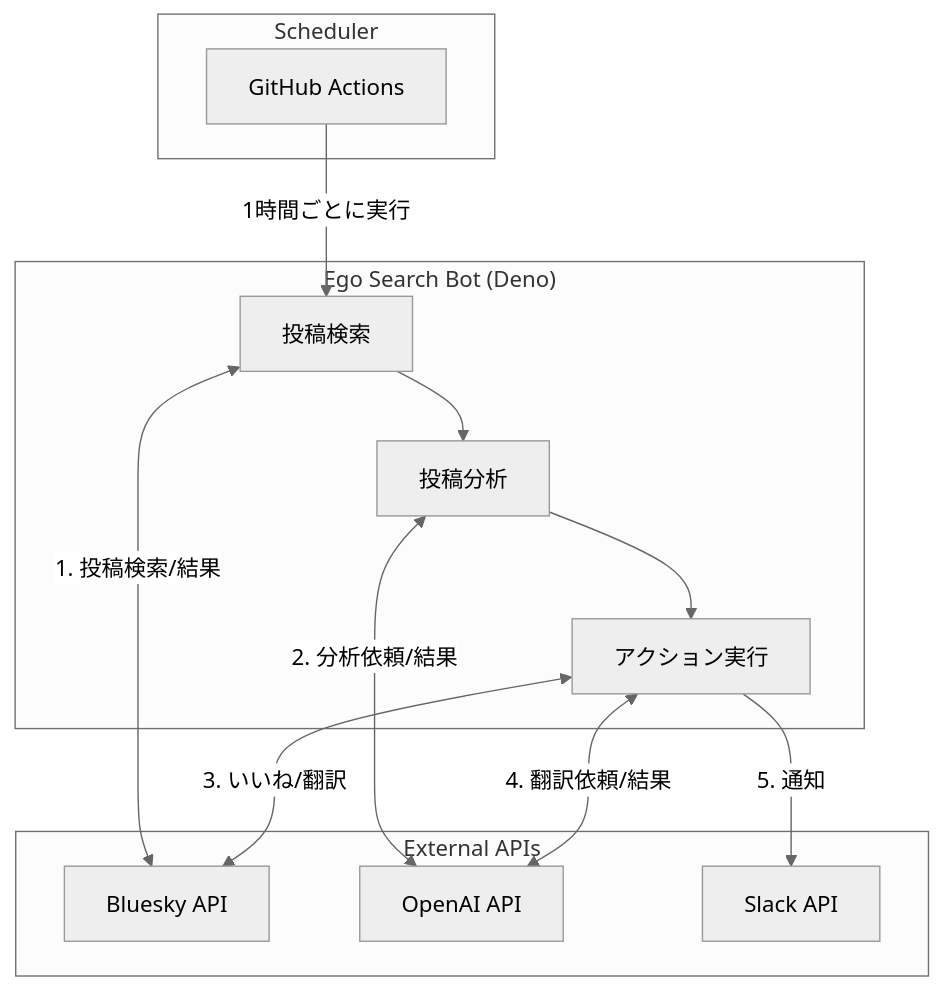
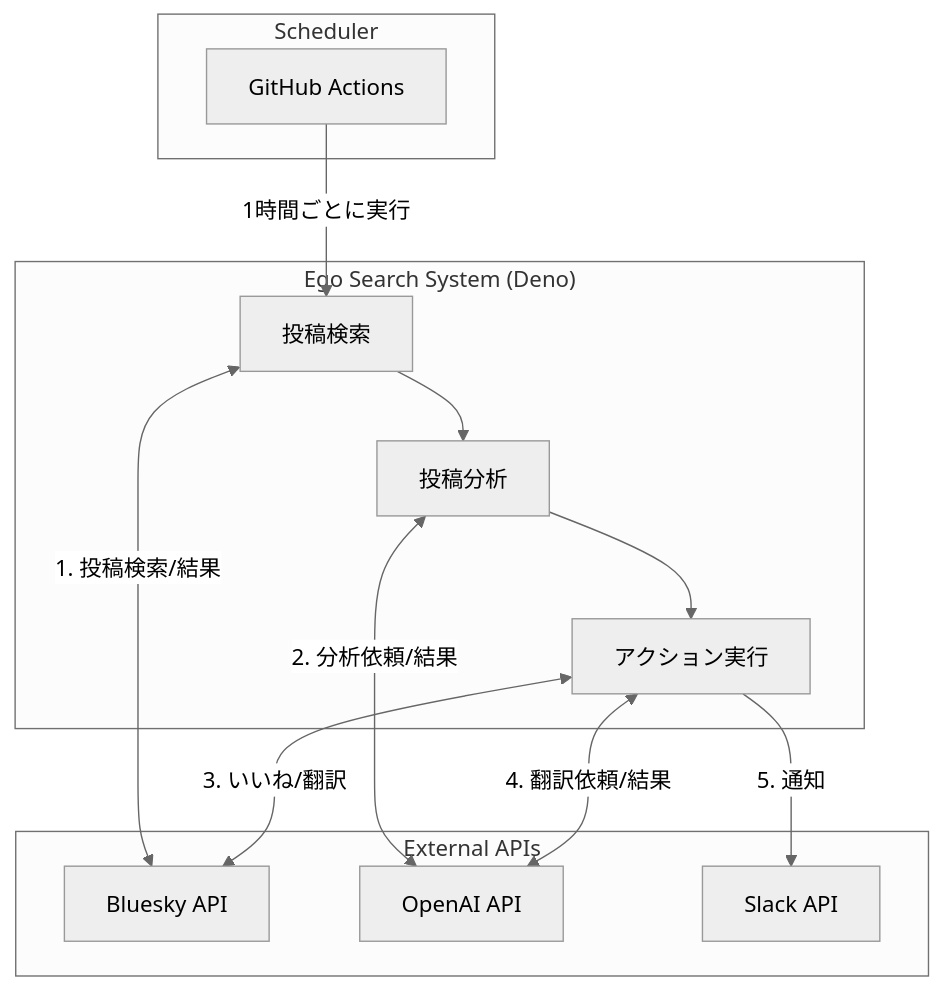
The diagram in articles/ego-searcher.md (kawamataryo/zenn-articles), drawn with Mermaid (neutral theme) before and after one commit. The commit also changed other lines of this file, not shown here.

````diff
--- a/articles/ego-searcher.md
+++ b/articles/ego-searcher.md
@@ -46,26 +46,26 @@
 ```mermaid
 graph TD
     subgraph Scheduler
         A[GitHub Actions]
     end
 
-    subgraph Core["Ego Search Bot (Deno)"]
+    subgraph Core["Ego Search System (Deno)"]
         B[投稿検索]
         C[投稿分析]
         D[アクション実行]
     end
 
     subgraph External APIs
         E[Bluesky API]
         F[OpenAI API]
         G[Slack API]
     end
 
     A -->|1時間ごとに実行| B
     B <-->|1. 投稿検索/結果| E
     C <-->|2. 分析依頼/結果| F
     D <-->|3. いいね/翻訳| E
     D <-->|4. 翻訳依頼/結果| F
     D -->|5. 通知| G
     B --> C --> D
 ```
````
